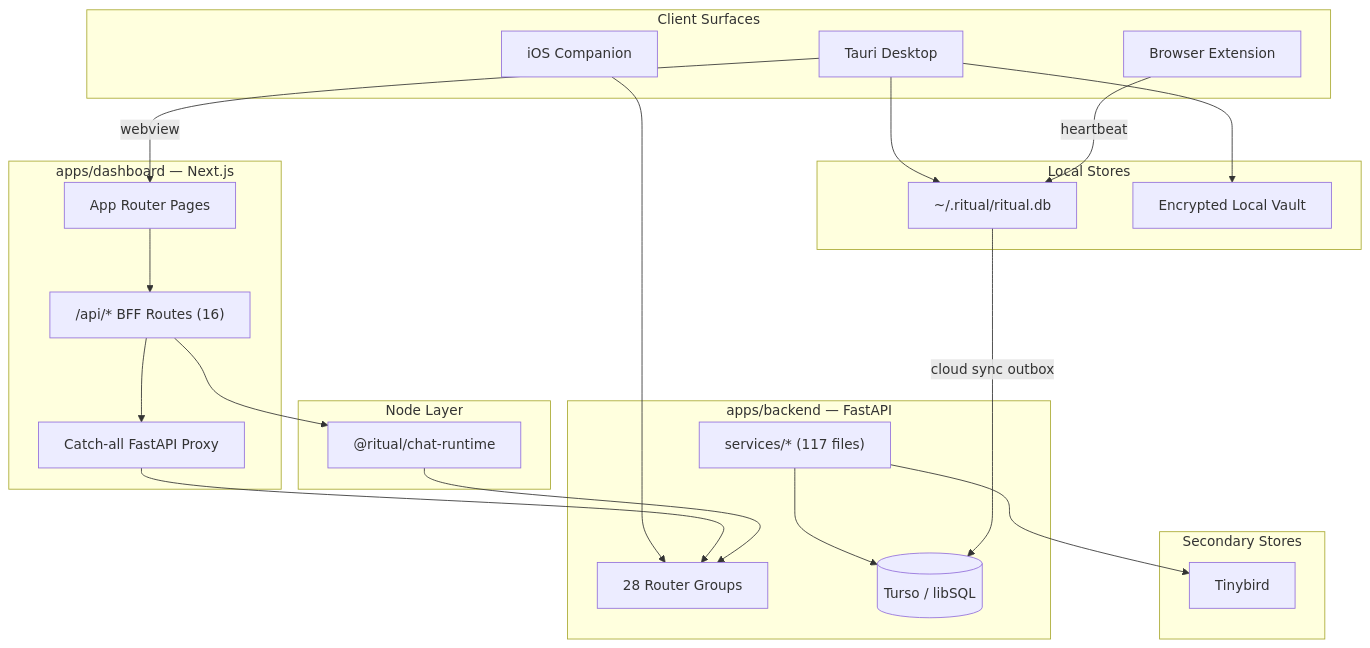
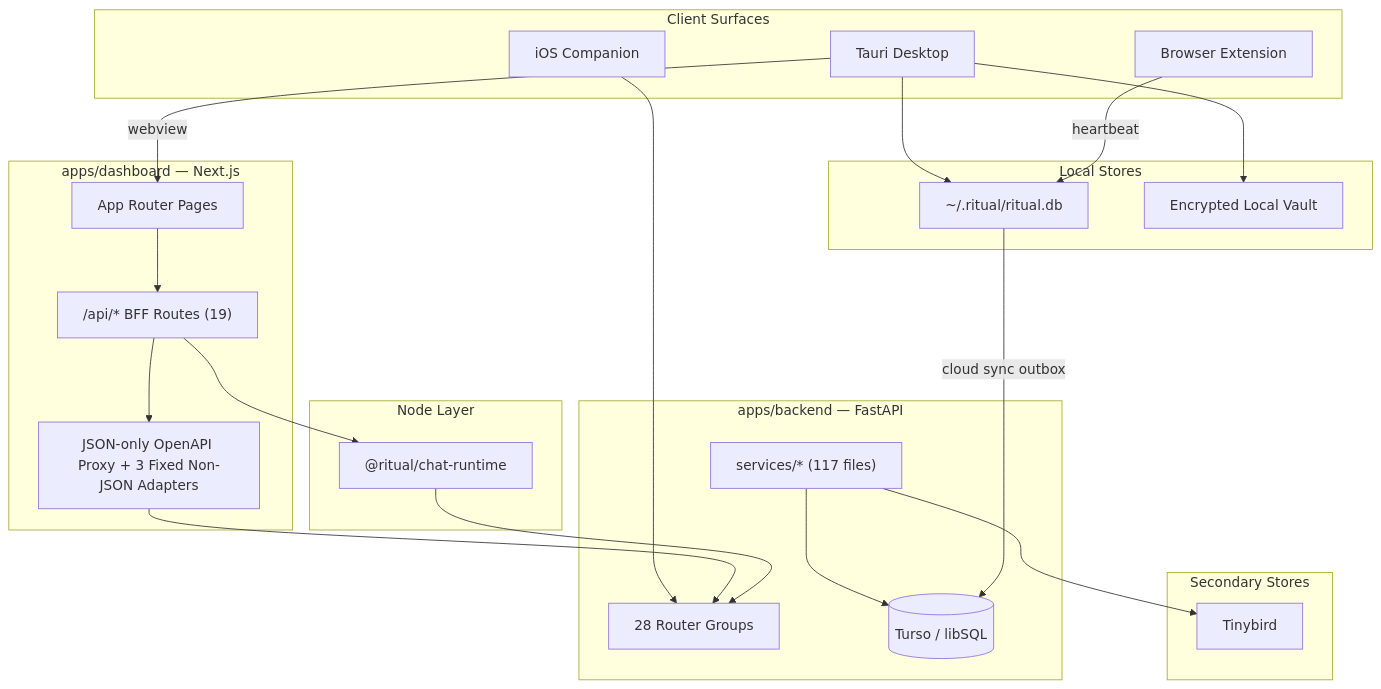
The diagram in docs/architecture/current-architecture.md (NickGardner0/ritual-desktop-main), drawn with Mermaid before and after one commit. The commit also changed other lines of this file and 33 other files, not shown here.

````diff
--- a/docs/architecture/current-architecture.md
+++ b/docs/architecture/current-architecture.md
@@ -116,47 +116,47 @@
 ```mermaid
 flowchart TB
   subgraph clients [Client Surfaces]
     Desktop[Tauri Desktop]
     iOS[iOS Companion]
     Ext[Browser Extension]
   end
 
   subgraph dashboard [apps/dashboard — Next.js]
     UI[App Router Pages]
-    BFF["/api/* BFF Routes (16)"]
-    CatchAll["Catch-all FastAPI Proxy"]
+    BFF["/api/* BFF Routes (19)"]
+    CatchAll["JSON-only OpenAPI Proxy + 3 Fixed Non-JSON Adapters"]
   end
 
   subgraph node [Node Layer]
     ChatRT["@ritual/chat-runtime"]
   end
 
   subgraph backend [apps/backend — FastAPI]
     Routers[28 Router Groups]
     Services["services/* (117 files)"]
     DB[(Turso / libSQL)]
   end
 
   subgraph local [Local Stores]
     RitualDB["~/.ritual/ritual.db"]
     Vault[Encrypted Local Vault]
   end
 
   subgraph secondary [Secondary Stores]
     TB[Tinybird]
   end
 
   Desktop -->|webview| UI
   Desktop --> RitualDB
   Desktop --> Vault
   Ext -->|heartbeat| RitualDB
   iOS --> Routers
   UI --> BFF
   BFF --> CatchAll
   CatchAll --> Routers
   BFF --> ChatRT
   ChatRT --> Routers
   Services --> DB
   Services --> TB
   RitualDB -->|cloud sync outbox| DB
 ```
````
